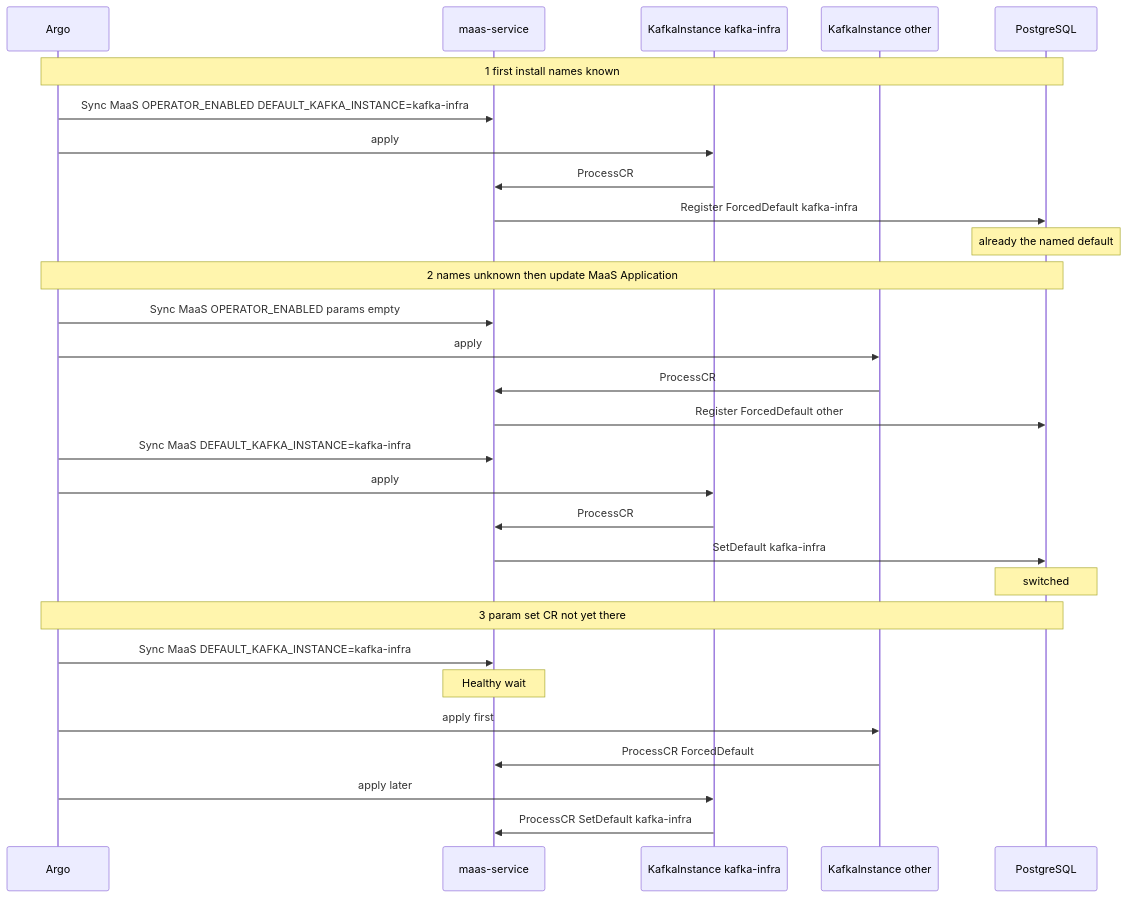
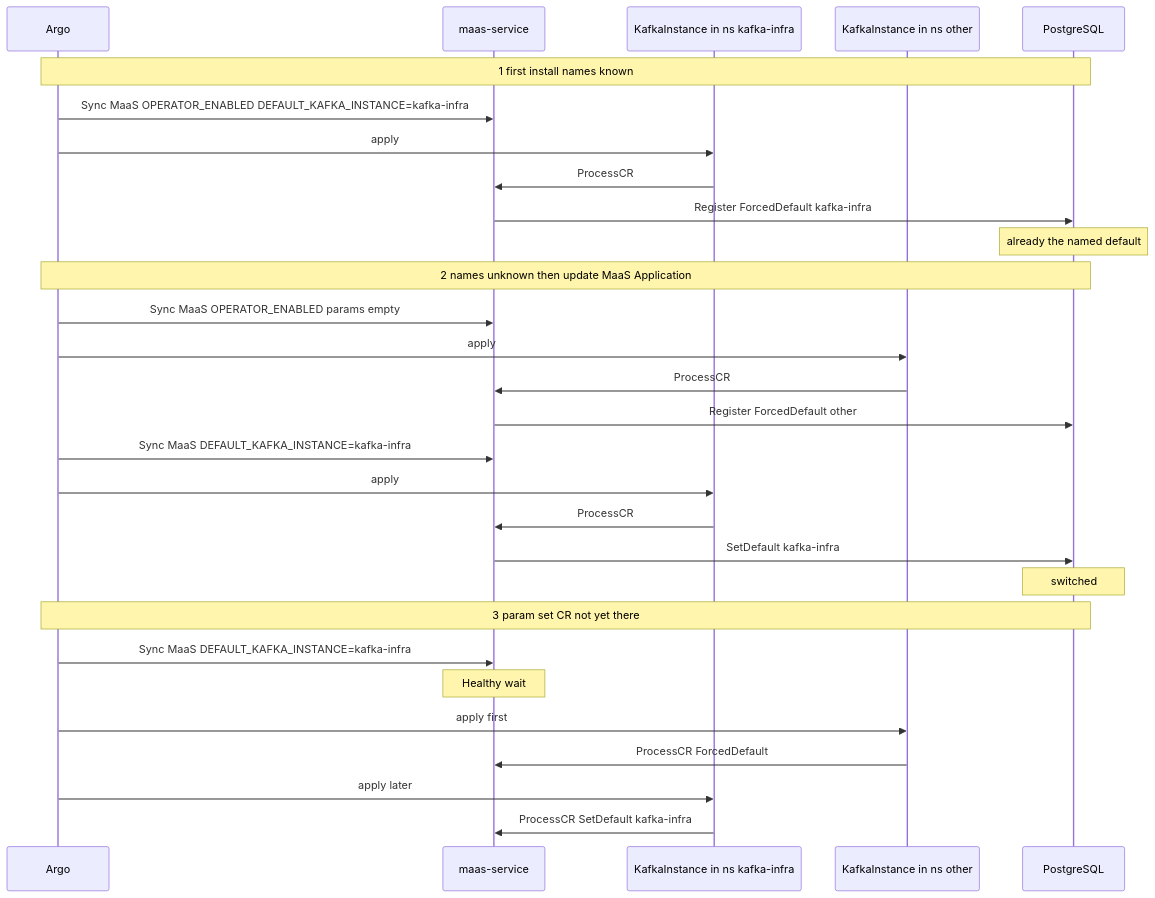
One commit to Netcracker/qubership-maas changed the eighth of 14 diagrams in docs/operator_design.md. Above: the diagram before and after it, drawn with Mermaid. The commit also changed other lines of this file and 21 other files, not shown here.

````diff
--- a/docs/operator_design.md
+++ b/docs/operator_design.md
@@ -1308,34 +1329,34 @@
 ```mermaid
 sequenceDiagram
   participant Argo
   participant Pod as maas-service
-  participant Named as KafkaInstance kafka-infra
-  participant Other as KafkaInstance other
+  participant Named as KafkaInstance in ns kafka-infra
+  participant Other as KafkaInstance in ns other
   participant DB as PostgreSQL
 
   Note over Argo,DB: 1 first install names known
   Argo->>Pod: Sync MaaS OPERATOR_ENABLED DEFAULT_KAFKA_INSTANCE=kafka-infra
   Argo->>Named: apply
   Named->>Pod: ProcessCR
   Pod->>DB: Register ForcedDefault kafka-infra
   Note over DB: already the named default
 
   Note over Argo,DB: 2 names unknown then update MaaS Application
   Argo->>Pod: Sync MaaS OPERATOR_ENABLED params empty
   Argo->>Other: apply
   Other->>Pod: ProcessCR
   Pod->>DB: Register ForcedDefault other
   Argo->>Pod: Sync MaaS DEFAULT_KAFKA_INSTANCE=kafka-infra
   Argo->>Named: apply
   Named->>Pod: ProcessCR
   Pod->>DB: SetDefault kafka-infra
   Note over DB: switched
 
   Note over Argo,DB: 3 param set CR not yet there
   Argo->>Pod: Sync MaaS DEFAULT_KAFKA_INSTANCE=kafka-infra
   Note over Pod: Healthy wait
   Argo->>Other: apply first
   Other->>Pod: ProcessCR ForcedDefault
   Argo->>Named: apply later
   Named->>Pod: ProcessCR SetDefault kafka-infra
 ```
````
